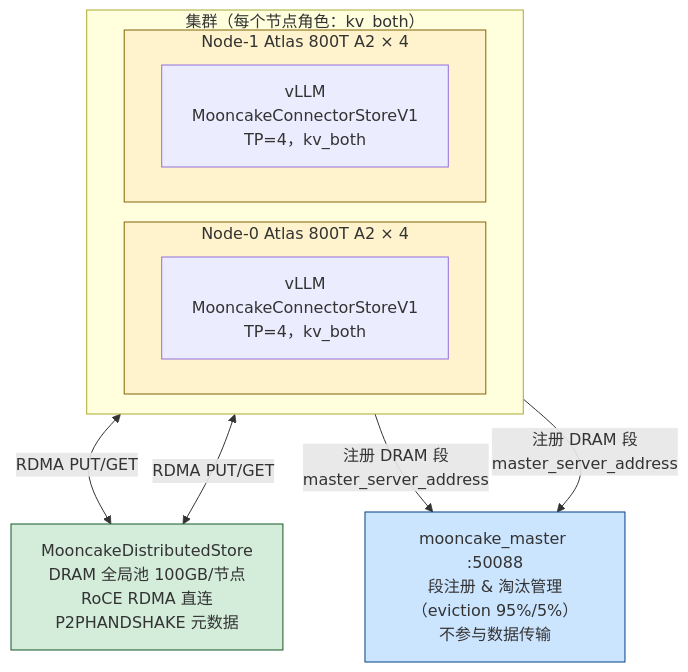
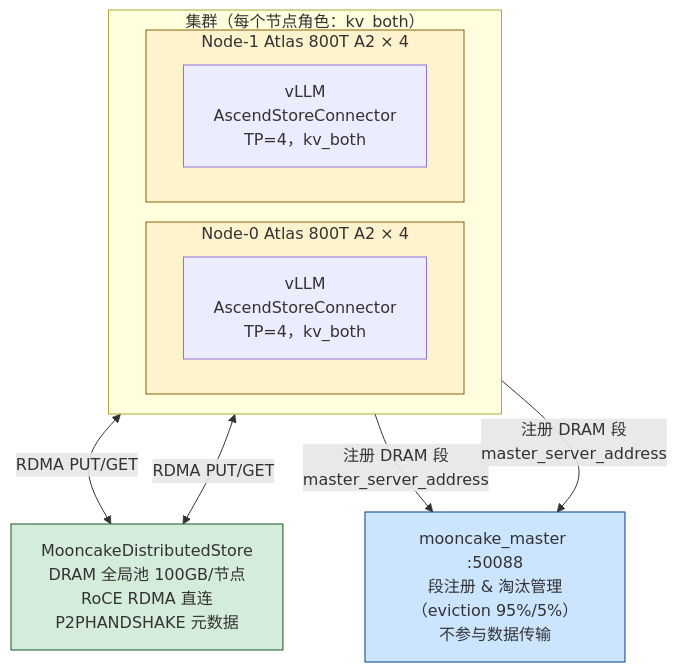
Before and after one commit to HeduAiDev/vllm-from-scratch: the fourth of 10 diagrams in BLOG_PART2B_V2.md, drawn with Mermaid. The commit also changed other lines of this file, not shown here.

````diff
--- a/BLOG_PART2B_V2.md
+++ b/BLOG_PART2B_V2.md
@@ -2187,21 +2156,21 @@
 ```mermaid
 flowchart TD
     subgraph CLUSTER["集群（每个节点角色：kv_both）"]
         direction LR
         subgraph N0["Node-0  Atlas 800T A2 × 4"]
-            V0["vLLM<br/>MooncakeConnectorStoreV1<br/>TP=4，kv_both"]
+            V0["vLLM<br/>AscendStoreConnector<br/>TP=4，kv_both"]
         end
         subgraph N1["Node-1  Atlas 800T A2 × 4"]
-            V1["vLLM<br/>MooncakeConnectorStoreV1<br/>TP=4，kv_both"]
+            V1["vLLM<br/>AscendStoreConnector<br/>TP=4，kv_both"]
         end
     end
     MASTER["mooncake_master :50088<br/>段注册 & 淘汰管理<br/>（eviction 95%/5%）<br/>不参与数据传输"]
     STORE["MooncakeDistributedStore<br/>DRAM 全局池 100GB/节点<br/>RoCE RDMA 直连<br/>P2PHANDSHAKE 元数据"]
     V0 <-->|"RDMA PUT/GET"| STORE
     V1 <-->|"RDMA PUT/GET"| STORE
     V0 & V1 -->|"注册 DRAM 段<br/>master_server_address"| MASTER
     style MASTER fill:#cce5ff,stroke:#004085
     style STORE fill:#d4edda,stroke:#155724
     style N0 fill:#fff3cd,stroke:#856404
     style N1 fill:#fff3cd,stroke:#856404
 ```
````
